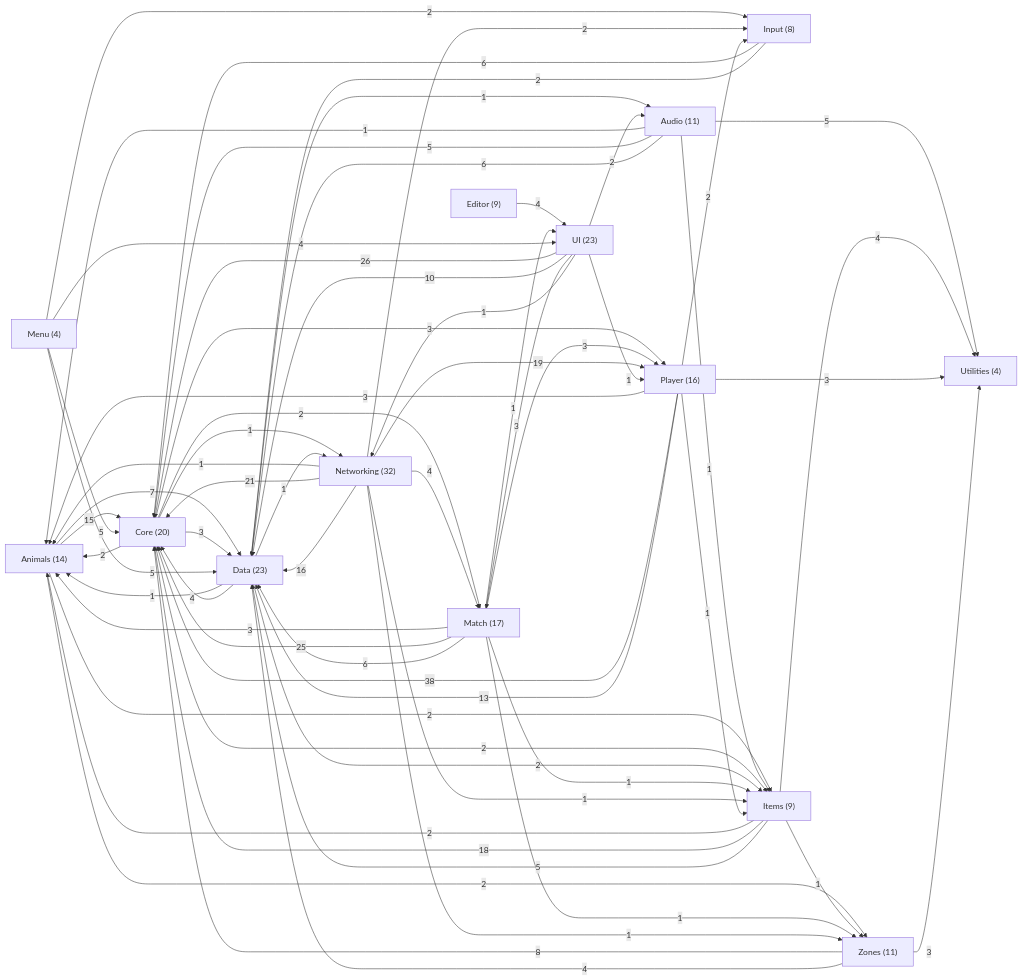
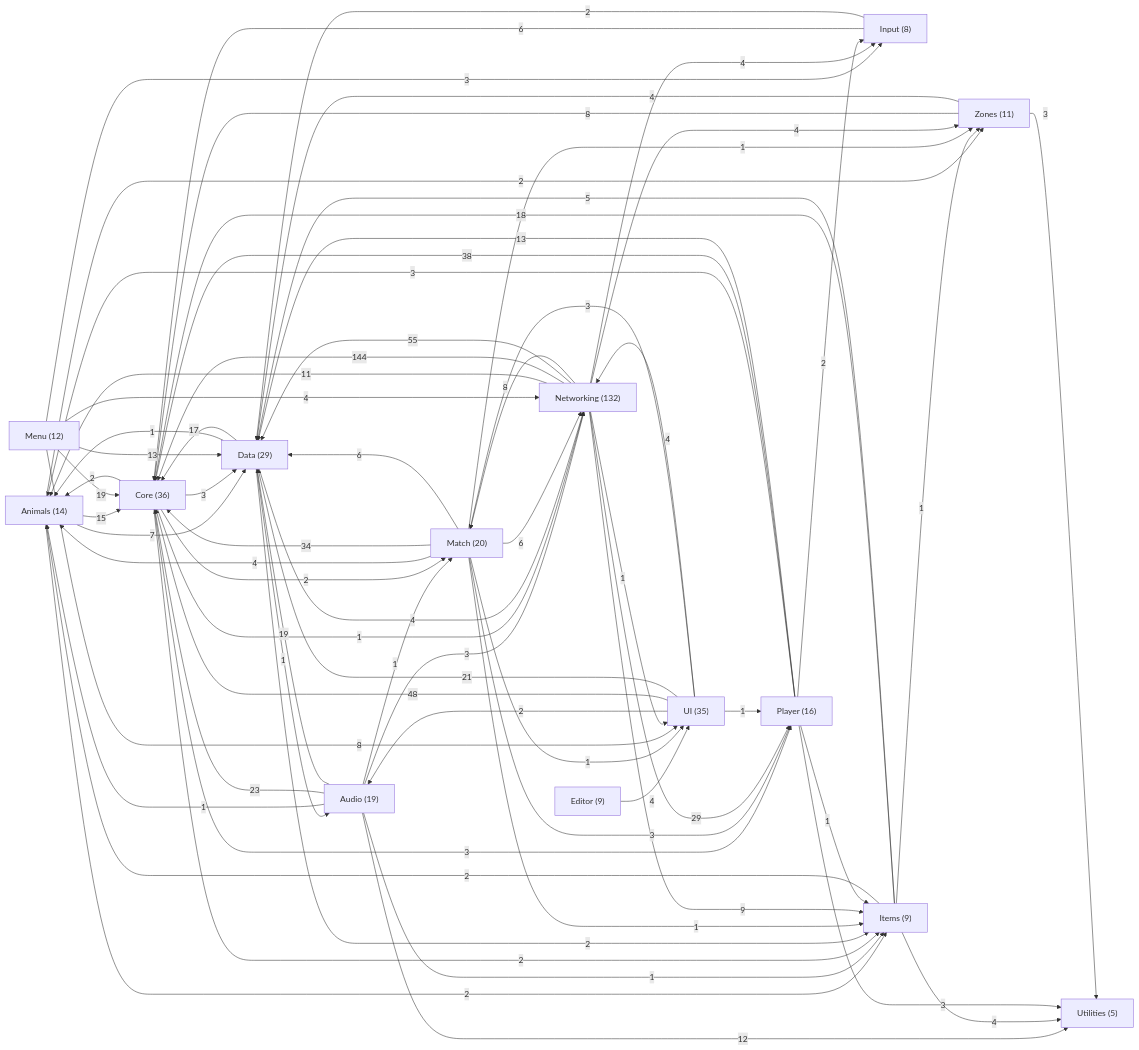
One commit to Chacashi/Alien-Farms changed the first of 2 diagrams in Docs/Arquitectura/00 Indice.md. Above: the diagram before and after it, drawn with Mermaid. The commit also changed other lines of this file and 257 other files, not shown here.

````diff
--- a/Docs/Arquitectura/00 Indice.md
+++ b/Docs/Arquitectura/00 Indice.md
@@ -11,28 +11,30 @@
 ```mermaid
 flowchart LR
   Animals["Animals (14)"]
-  Audio["Audio (11)"]
-  Core["Core (20)"]
-  Data["Data (23)"]
+  Audio["Audio (19)"]
+  Core["Core (36)"]
+  Data["Data (29)"]
   Editor["Editor (9)"]
   Input["Input (8)"]
   Items["Items (9)"]
-  Match["Match (17)"]
-  Menu["Menu (4)"]
-  Networking["Networking (32)"]
+  Match["Match (20)"]
+  Menu["Menu (12)"]
+  Networking["Networking (132)"]
   Player["Player (16)"]
-  UI["UI (23)"]
-  Utilities["Utilities (4)"]
+  UI["UI (35)"]
+  Utilities["Utilities (5)"]
   Zones["Zones (11)"]
   Animals -->|15| Core
   Animals -->|7| Data
   Animals -->|2| Items
   Animals -->|2| Zones
   Audio -->|1| Animals
-  Audio -->|5| Core
-  Audio -->|6| Data
+  Audio -->|23| Core
+  Audio -->|19| Data
   Audio -->|1| Items
-  Audio -->|5| Utilities
+  Audio -->|1| Match
+  Audio -->|3| Networking
+  Audio -->|12| Utilities
   Core -->|2| Animals
   Core -->|3| Data
   Core -->|2| Items
@@ -41,9 +43,9 @@
   Core -->|3| Player
   Data -->|1| Animals
   Data -->|1| Audio
-  Data -->|4| Core
+  Data -->|17| Core
   Data -->|2| Items
-  Data -->|1| Networking
+  Data -->|4| Networking
   Editor -->|4| UI
   Input -->|6| Core
   Input -->|2| Data
@@ -52,25 +54,28 @@
   Items -->|5| Data
   Items -->|4| Utilities
   Items -->|1| Zones
-  Match -->|3| Animals
-  Match -->|25| Core
+  Match -->|4| Animals
+  Match -->|34| Core
   Match -->|6| Data
   Match -->|1| Items
+  Match -->|6| Networking
   Match -->|3| Player
   Match -->|1| UI
   Match -->|1| Zones
-  Menu -->|5| Core
-  Menu -->|5| Data
-  Menu -->|2| Input
-  Menu -->|4| UI
-  Networking -->|1| Animals
-  Networking -->|21| Core
-  Networking -->|16| Data
-  Networking -->|2| Input
-  Networking -->|1| Items
-  Networking -->|4| Match
-  Networking -->|19| Player
-  Networking -->|1| Zones
+  Menu -->|19| Core
+  Menu -->|13| Data
+  Menu -->|3| Input
+  Menu -->|4| Networking
+  Menu -->|8| UI
+  Networking -->|11| Animals
+  Networking -->|144| Core
+  Networking -->|55| Data
+  Networking -->|4| Input
+  Networking -->|9| Items
+  Networking -->|8| Match
+  Networking -->|29| Player
+  Networking -->|1| UI
+  Networking -->|4| Zones
   Player -->|3| Animals
   Player -->|38| Core
   Player -->|13| Data
@@ -78,10 +83,10 @@
   Player -->|1| Items
   Player -->|3| Utilities
   UI -->|2| Audio
-  UI -->|26| Core
-  UI -->|10| Data
+  UI -->|48| Core
+  UI -->|21| Data
   UI -->|3| Match
-  UI -->|1| Networking
+  UI -->|4| Networking
   UI -->|1| Player
   Zones -->|8| Core
   Zones -->|4| Data
````
